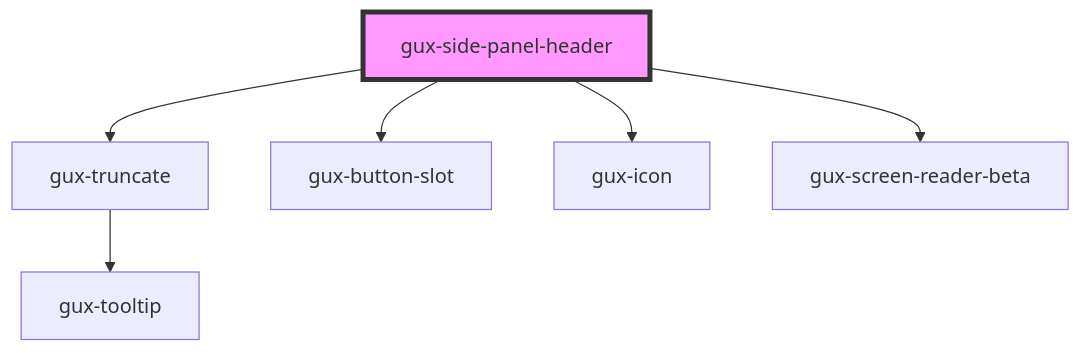
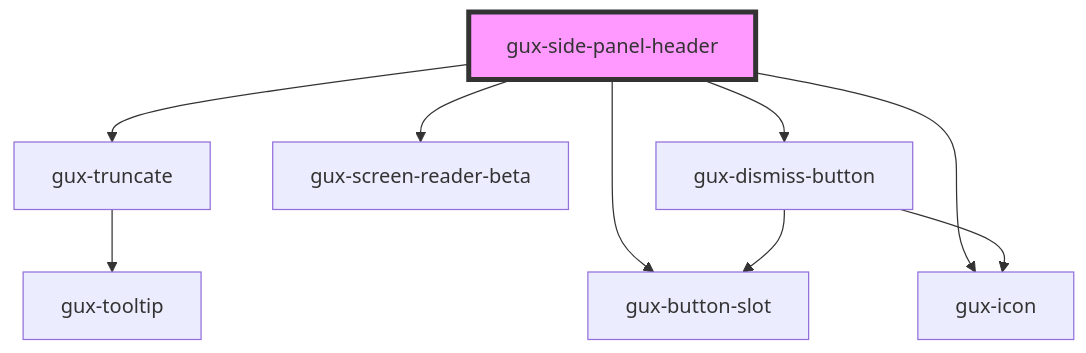
One commit to MyPureCloud/genesys-spark changed the diagram in packages/genesys-spark-components/src/components/beta/gux-side-panel/components/gux-side-panel-header/readme.md. Above: the diagram before and after it, drawn with Mermaid. The commit also changed other lines of this file and 7 other files, not shown here.

First line of the commit message:
chore(side-panel-beta): Fixed dismiss button styling for expandable state

````diff
--- a/packages/genesys-spark-components/src/components/beta/gux-side-panel/components/gux-side-panel-header/readme.md
+++ b/packages/genesys-spark-components/src/components/beta/gux-side-panel/components/gux-side-panel-header/readme.md
@@ -43,9 +45,12 @@
 ```mermaid
 graph TD;
   gux-side-panel-header --> gux-truncate
   gux-side-panel-header --> gux-button-slot
   gux-side-panel-header --> gux-icon
   gux-side-panel-header --> gux-screen-reader-beta
+  gux-side-panel-header --> gux-dismiss-button
   gux-truncate --> gux-tooltip
+  gux-dismiss-button --> gux-button-slot
+  gux-dismiss-button --> gux-icon
   style gux-side-panel-header fill:#f9f,stroke:#333,stroke-width:4px
 ```
````
